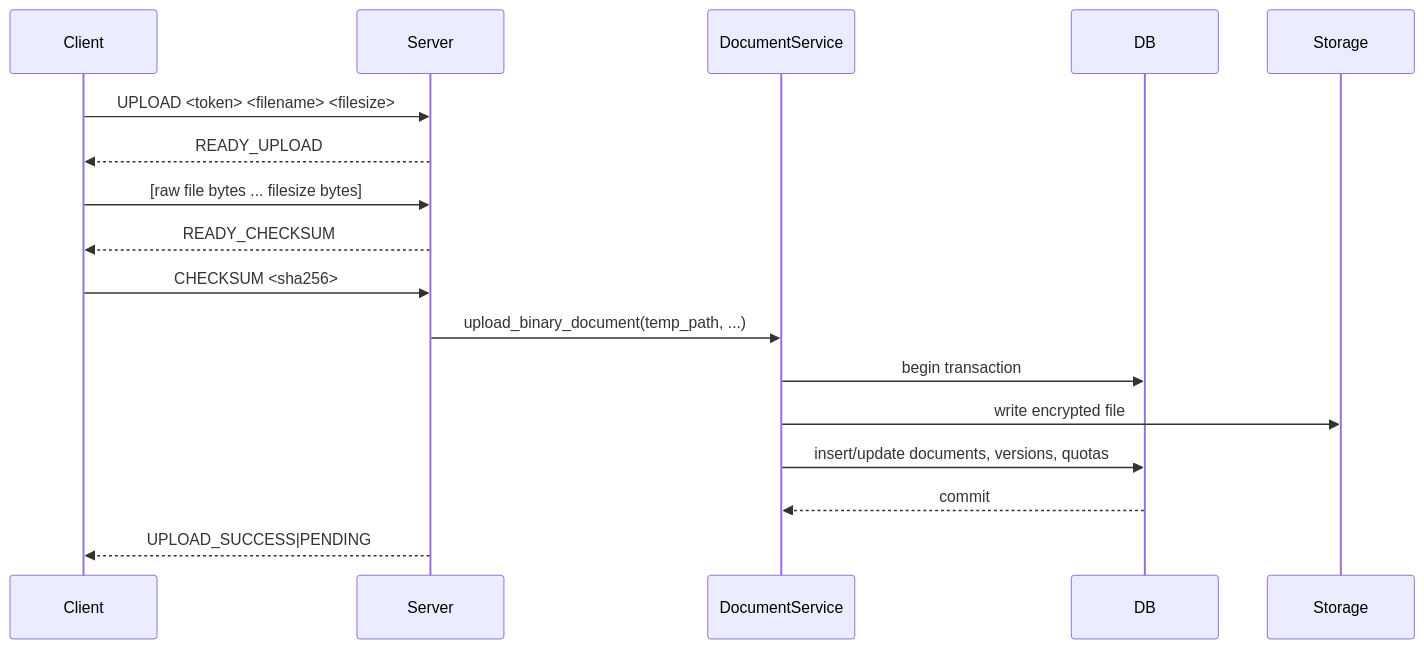
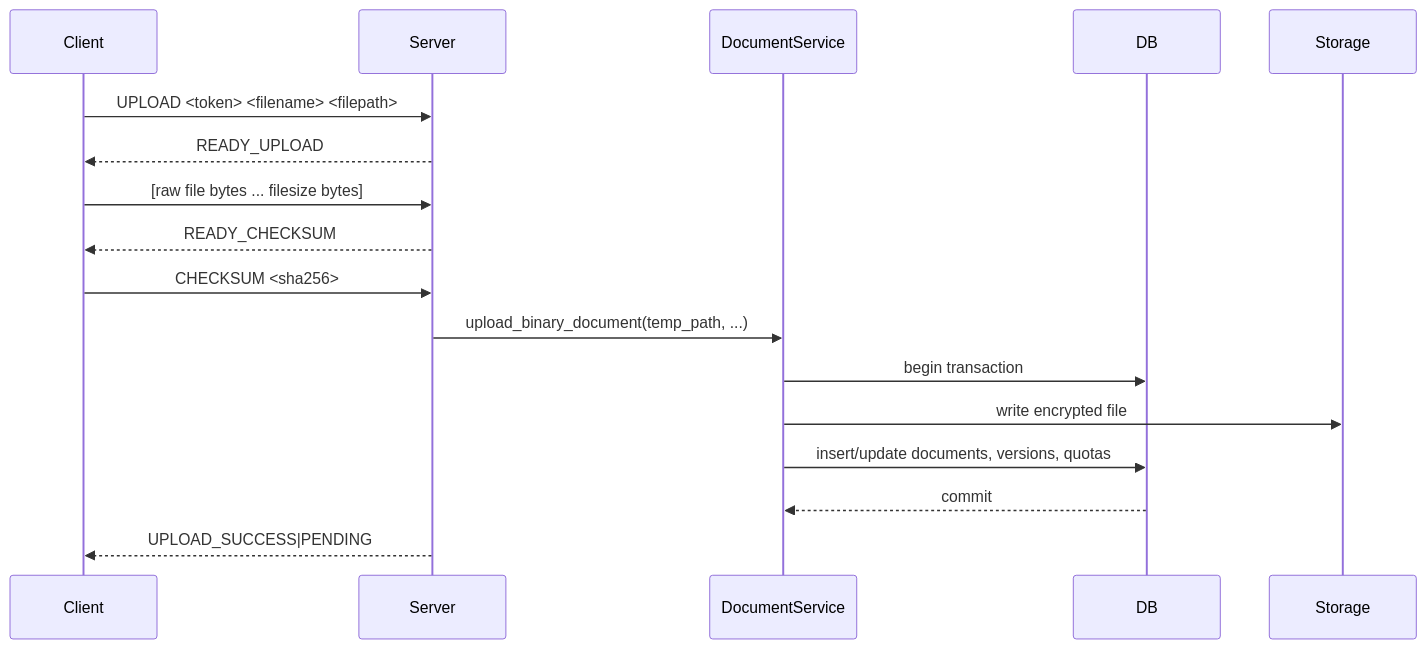
One commit to nttdung0605/Enterprise-Document-Management-System changed the second of 3 diagrams in README.md. Above: the diagram before and after it, drawn with Mermaid. The commit also changed other lines of this file, not shown here.

````diff
--- a/README.md
+++ b/README.md
@@ -133,14 +133,14 @@
 ```mermaid
 sequenceDiagram
-		Client->>Server: UPLOAD <token> <filename> <filesize>
+		Client->>Server: UPLOAD <token> <filename> <filepath>
 		Server-->>Client: READY_UPLOAD
 		Client->>Server: [raw file bytes ... filesize bytes]
 		Server-->>Client: READY_CHECKSUM
 		Client->>Server: CHECKSUM <sha256>
 		Server->>DocumentService: upload_binary_document(temp_path, ...)
 		DocumentService->>DB: begin transaction
 		DocumentService->>Storage: write encrypted file
 		DocumentService->>DB: insert/update documents, versions, quotas
 		DB-->>DocumentService: commit
 		Server-->>Client: UPLOAD_SUCCESS|PENDING
 ```
````
